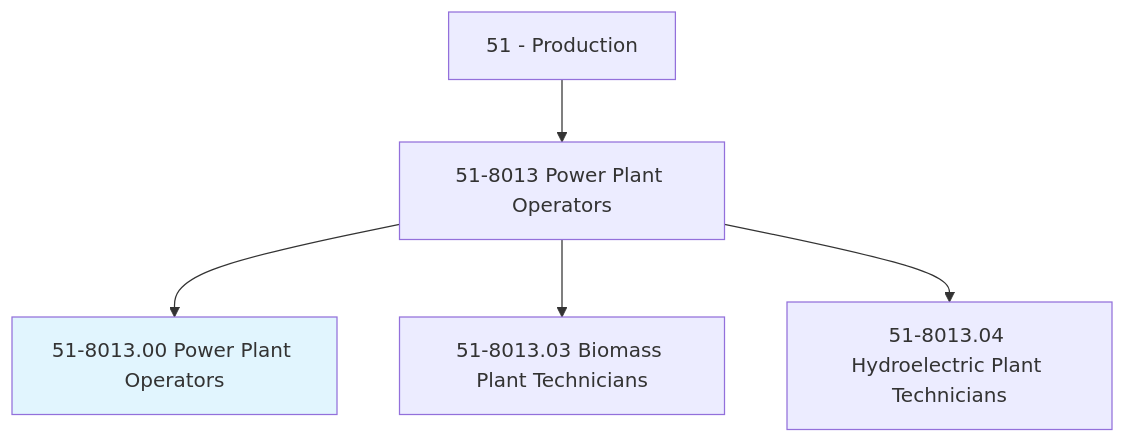
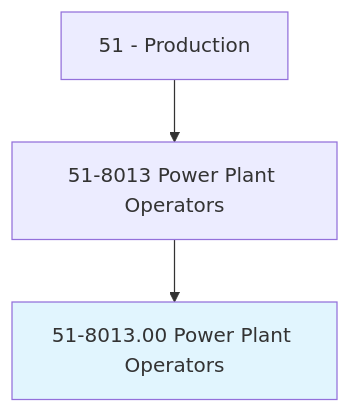
The first of 4 diagrams in occupations/Production/PowerPlantOperators.mdx (kziemski/business.org.ai), drawn with Mermaid before and after one commit. The commit also changed other lines of this file and 938 other files, not shown here.

````diff
--- a/occupations/Production/PowerPlantOperators.mdx
+++ b/occupations/Production/PowerPlantOperators.mdx
@@ -19,8 +23,6 @@
 ```mermaid
 graph TD
     Cat51["51 - Production"] --> Group518013["51-8013 Power Plant Operators"]
     Group518013 --> Current["51-8013.00 Power Plant Operators"]
     style Current fill:#e1f5fe
-    Group518013 --> V51801303["51-8013.03 Biomass Plant Technicians"]
-    Group518013 --> V51801304["51-8013.04 Hydroelectric Plant Technicians"]
 ```
````
